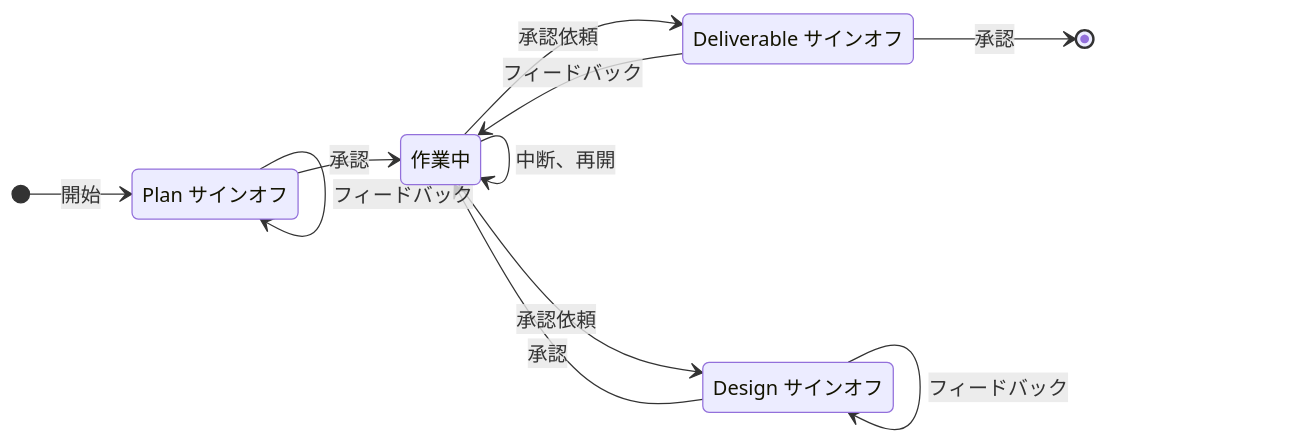
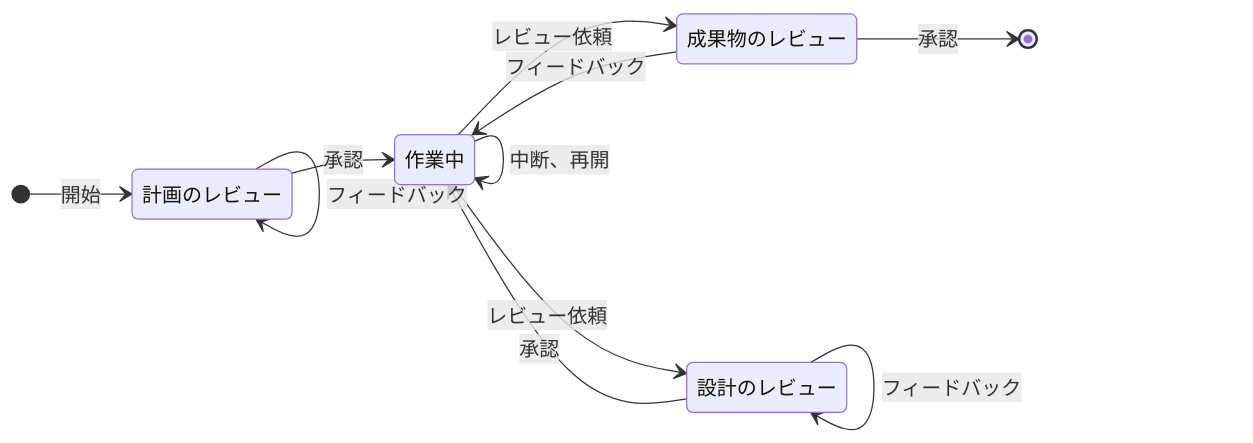
The diagram in rn/README.md (lovaizu/ccpm), drawn with Mermaid before and after one commit. The commit also changed other lines of this file and 1 other file, not shown here.

First line of the commit message:
docs(rn): Japanese review copy calls the sign-offs reviews of the plan, design and deliverable, reached by a review request

````diff
--- a/rn/README.md
+++ b/rn/README.md
@@ -22,19 +22,19 @@
 ```mermaid
 stateDiagram-v2
     direction LR
-    state "Plan サインオフ" as Plan
+    state "計画のレビュー" as Plan
     state "作業中" as Work
-    state "Design サインオフ" as Design
-    state "Deliverable サインオフ" as Deliverable
+    state "設計のレビュー" as Design
+    state "成果物のレビュー" as Deliverable
 
     [*] --> Plan: 開始
     Plan --> Plan: フィードバック
     Plan --> Work: 承認
     Work --> Work: 中断、再開
-    Work --> Design: 承認依頼
-    Work --> Deliverable: 承認依頼
+    Work --> Design: レビュー依頼
+    Work --> Deliverable: レビュー依頼
     Design --> Design: フィードバック
     Design --> Work: 承認
     Deliverable --> Work: フィードバック
     Deliverable --> [*]: 承認
 ```
````
